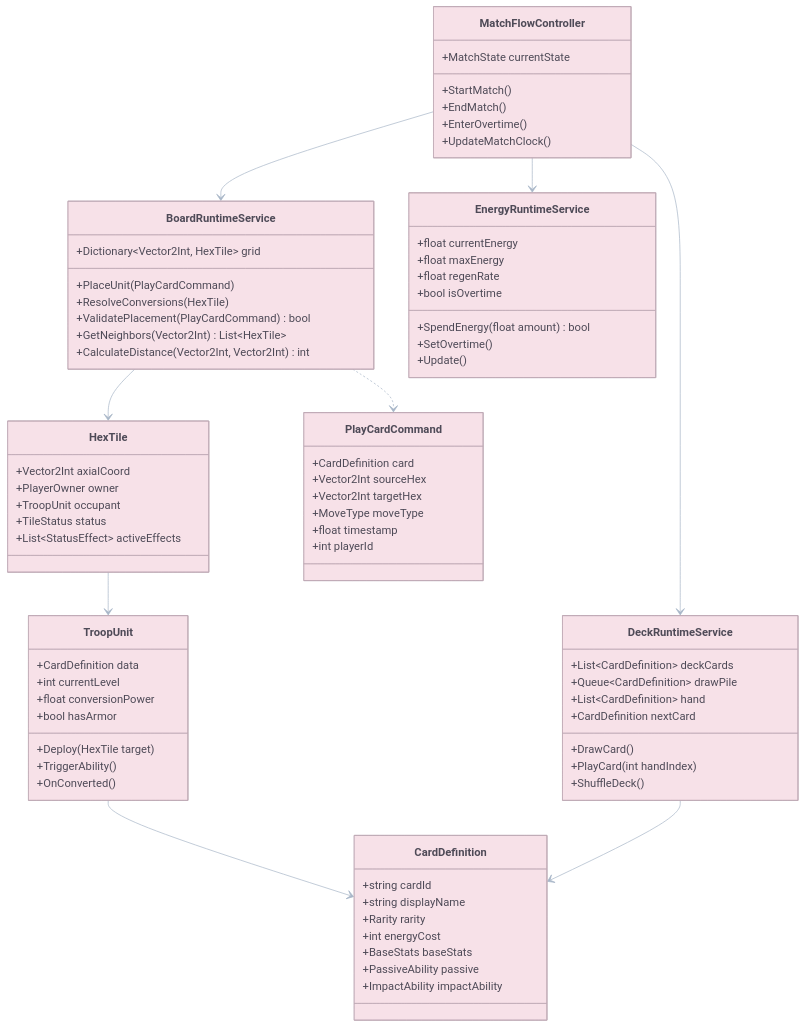
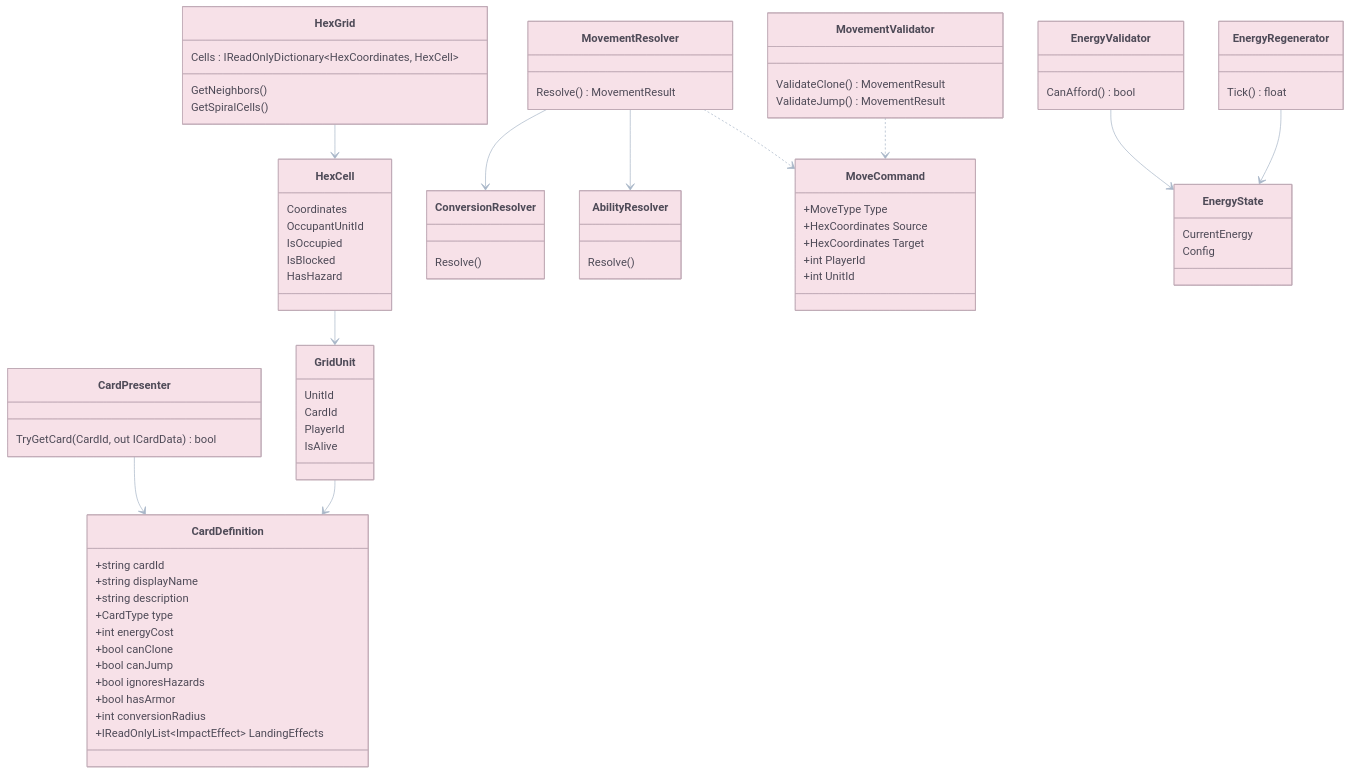
The second of 6 diagrams in .docs/GDD/08_Technical_Architecture_and_Multiplayer.md (unknown-studios-code/goo-galaxy), drawn with Mermaid before and after one commit. The commit also changed other lines of this file and 54 other files, not shown here.

First line of the commit message:
feat(cards): finish mvp roster and reconcile board rules with the gdd (#26)

````diff
--- a/.docs/GDD/08_Technical_Architecture_and_Multiplayer.md
+++ b/.docs/GDD/08_Technical_Architecture_and_Multiplayer.md
@@ -114,86 +144,91 @@
 ```mermaid
 %%{init: {"theme":"base","themeVariables":{"primaryColor":"#F7E1E8","secondaryColor":"#DCEBF7","tertiaryColor":"#E4F3E1","primaryBorderColor":"#BFA9B5","lineColor":"#A8B6C8","primaryTextColor":"#4E4A57","clusterBkg":"#FAF5EA","clusterBorder":"#CDBFAF","edgeLabelBackground":"#FFF9F2","noteBkgColor":"#F7F1FA","noteTextColor":"#4E4A57","taskBkgColor":"#DCEBF7","taskTextColor":"#4E4A57","taskTextOutsideColor":"#4E4A57","sectionBkgColor":"#E4F3E1","sectionBorderColor":"#BCD0B9","gridColor":"#E8DDD3","todayLineColor":"#C7A7B5","actorBkg":"#F7E1E8","actorBorder":"#BFA9B5","actorTextColor":"#4E4A57","signalColor":"#A8B6C8","signalTextColor":"#4E4A57","labelBoxBkgColor":"#FFF9F2","labelBoxBorderColor":"#CDBFAF","labelTextColor":"#4E4A57"}}}%%
 classDiagram
-    class MatchFlowController {
-        +MatchState currentState
-        +StartMatch()
-        +EndMatch()
-        +EnterOvertime()
-        +UpdateMatchClock()
+    class HexGrid {
+        Cells : IReadOnlyDictionary~HexCoordinates, HexCell~
+        GetNeighbors()
+        GetSpiralCells()
     }
 
-    class BoardRuntimeService {
-        +Dictionary~Vector2Int, HexTile~ grid
-        +PlaceUnit(PlayCardCommand)
-        +ResolveConversions(HexTile)
-        +ValidatePlacement(PlayCardCommand) bool
-        +GetNeighbors(Vector2Int) List~HexTile~
-        +CalculateDistance(Vector2Int, Vector2Int) int
+    class HexCell {
+        Coordinates
+        OccupantUnitId
+        IsOccupied
+        IsBlocked
+        HasHazard
     }
 
-    class HexTile {
-        +Vector2Int axialCoord
-        +PlayerOwner owner
-        +TroopUnit occupant
-        +TileStatus status
-        +List~StatusEffect~ activeEffects
+    class GridUnit {
+        UnitId
+        CardId
+        PlayerId
+        IsAlive
     }
 
-    class TroopUnit {
-        +CardDefinition data
-        +int currentLevel
-        +float conversionPower
-        +bool hasArmor
-        +Deploy(HexTile target)
-        +TriggerAbility()
-        +OnConverted()
+    class MovementValidator {
+        ValidateClone() MovementResult
+        ValidateJump() MovementResult
+    }
+
+    class MovementResolver {
+        Resolve() MovementResult
+    }
+
+    class ConversionResolver {
+        Resolve()
+    }
+
+    class AbilityResolver {
+        Resolve()
+    }
+
+    class MoveCommand {
+        +MoveType Type
+        +HexCoordinates Source
+        +HexCoordinates Target
+        +int PlayerId
+        +int UnitId
     }
 
     class CardDefinition {
         +string cardId
         +string displayName
-        +Rarity rarity
+        +string description
+        +CardType type
         +int energyCost
-        +BaseStats baseStats
-        +PassiveAbility passive
-        +ImpactAbility impactAbility
+        +bool canClone
+        +bool canJump
+        +bool ignoresHazards
+        +bool hasArmor
+        +int conversionRadius
+        +IReadOnlyList~ImpactEffect~ LandingEffects
     }
 
-    class EnergyRuntimeService {
-        +float currentEnergy
-        +float maxEnergy
-        +float regenRate
-        +bool isOvertime
-        +SpendEnergy(float amount) bool
-        +SetOvertime()
-        +Update()
+    class EnergyState {
+        CurrentEnergy
+        Config
     }
 
-    class DeckRuntimeService {
-        +List~CardDefinition~ deckCards
-        +Queue~CardDefinition~ drawPile
-        +List~CardDefinition~ hand
-        +CardDefinition nextCard
-        +DrawCard()
-        +PlayCard(int handIndex)
-        +ShuffleDeck()
+    class EnergyRegenerator {
+        Tick() float
     }
 
-    class PlayCardCommand {
-        +CardDefinition card
-        +Vector2Int sourceHex
-        +Vector2Int targetHex
-        +MoveType moveType
-        +float timestamp
-        +int playerId
+    class EnergyValidator {
+        CanAfford() bool
     }
 
-    MatchFlowController --> BoardRuntimeService
-    MatchFlowController --> EnergyRuntimeService
-    MatchFlowController --> DeckRuntimeService
-    BoardRuntimeService --> HexTile
-    HexTile --> TroopUnit
-    TroopUnit --> CardDefinition
-    DeckRuntimeService --> CardDefinition
-    BoardRuntimeService ..> PlayCardCommand
+    class CardPresenter {
+        TryGetCard(CardId, out ICardData) bool
+    }
+
+    HexGrid --> HexCell
+    HexCell --> GridUnit
+    GridUnit --> CardDefinition
+    MovementValidator ..> MoveCommand
+    MovementResolver ..> MoveCommand
+    MovementResolver --> ConversionResolver
+    MovementResolver --> AbilityResolver
+    EnergyRegenerator --> EnergyState
+    EnergyValidator --> EnergyState
+    CardPresenter --> CardDefinition
 ```
````
